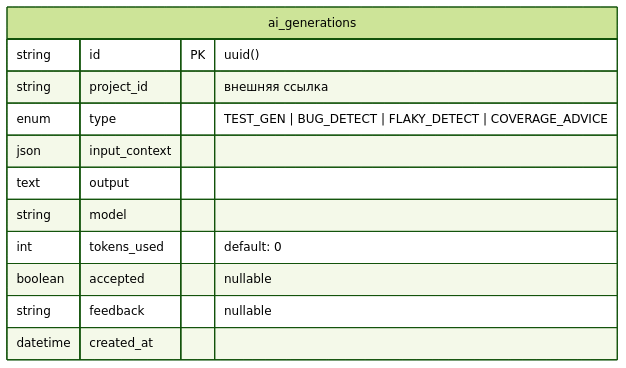
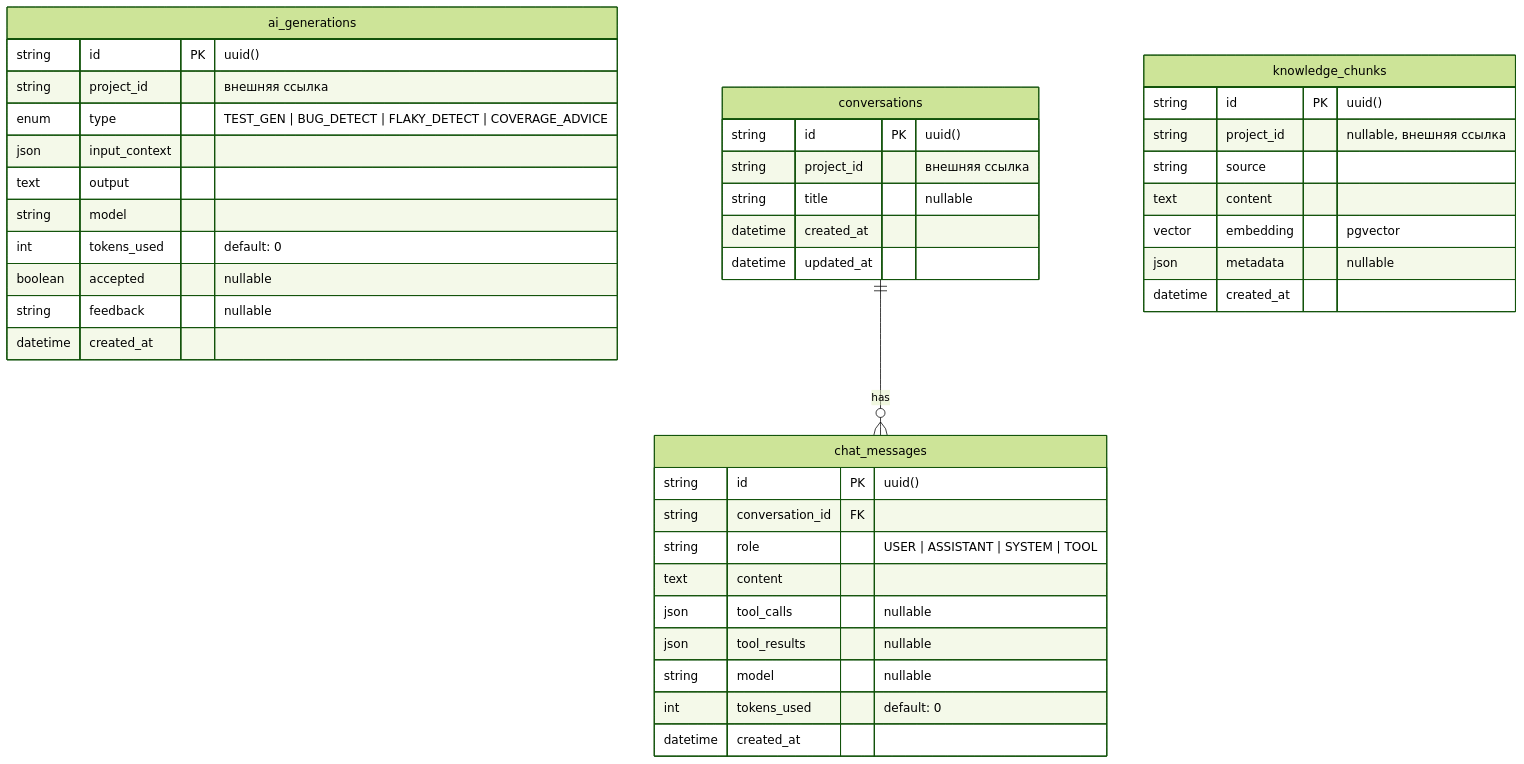
The sixth of 9 diagrams in docs/ru/database.md (micode-ai/testing-ai-assistant), drawn with Mermaid (forest theme) before and after one commit. The commit also changed other lines of this file and 43 other files, not shown here.

Commit message:
TAA-4: AI Chat with Tool Calling & RAG

````diff
--- a/docs/ru/database.md
+++ b/docs/ru/database.md
@@ -193,15 +193,47 @@
 ```mermaid
 erDiagram
     ai_generations {
         string id PK "uuid()"
         string project_id "внешняя ссылка"
         enum type "TEST_GEN | BUG_DETECT | FLAKY_DETECT | COVERAGE_ADVICE"
         json input_context
         text output
         string model
         int tokens_used "default: 0"
         boolean accepted "nullable"
         string feedback "nullable"
         datetime created_at
     }
+
+    conversations {
+        string id PK "uuid()"
+        string project_id "внешняя ссылка"
+        string title "nullable"
+        datetime created_at
+        datetime updated_at
+    }
+
+    chat_messages {
+        string id PK "uuid()"
+        string conversation_id FK
+        string role "USER | ASSISTANT | SYSTEM | TOOL"
+        text content
+        json tool_calls "nullable"
+        json tool_results "nullable"
+        string model "nullable"
+        int tokens_used "default: 0"
+        datetime created_at
+    }
+
+    knowledge_chunks {
+        string id PK "uuid()"
+        string project_id "nullable, внешняя ссылка"
+        string source
+        text content
+        vector embedding "pgvector"
+        json metadata "nullable"
+        datetime created_at
+    }
+
+    conversations ||--o{ chat_messages : "has"
 ```
````
